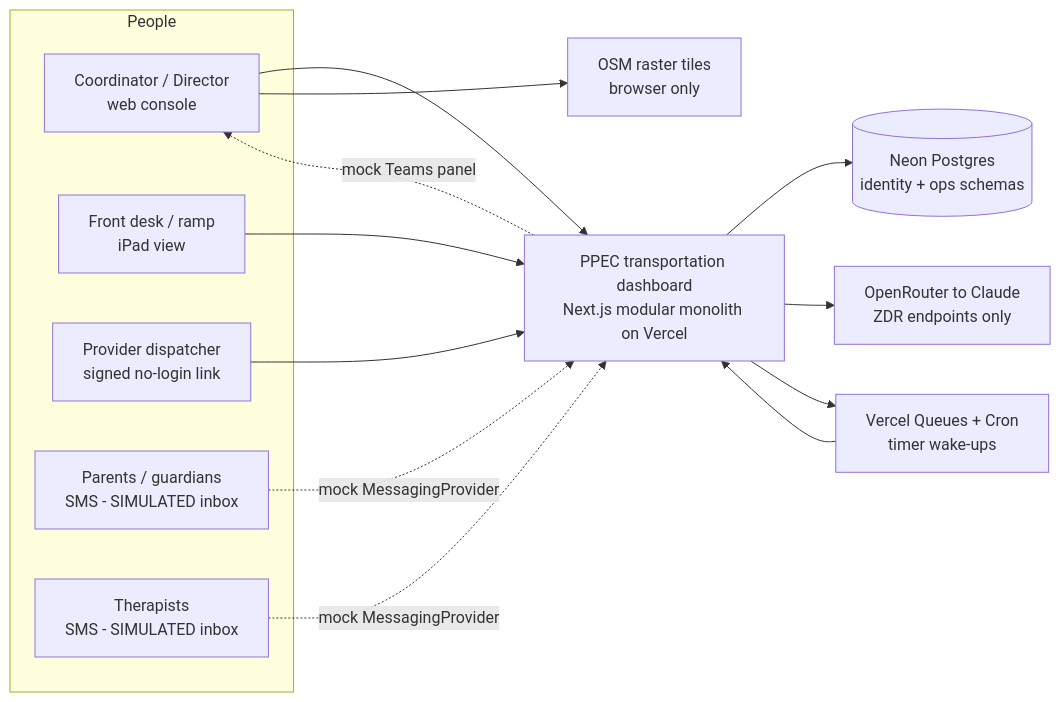
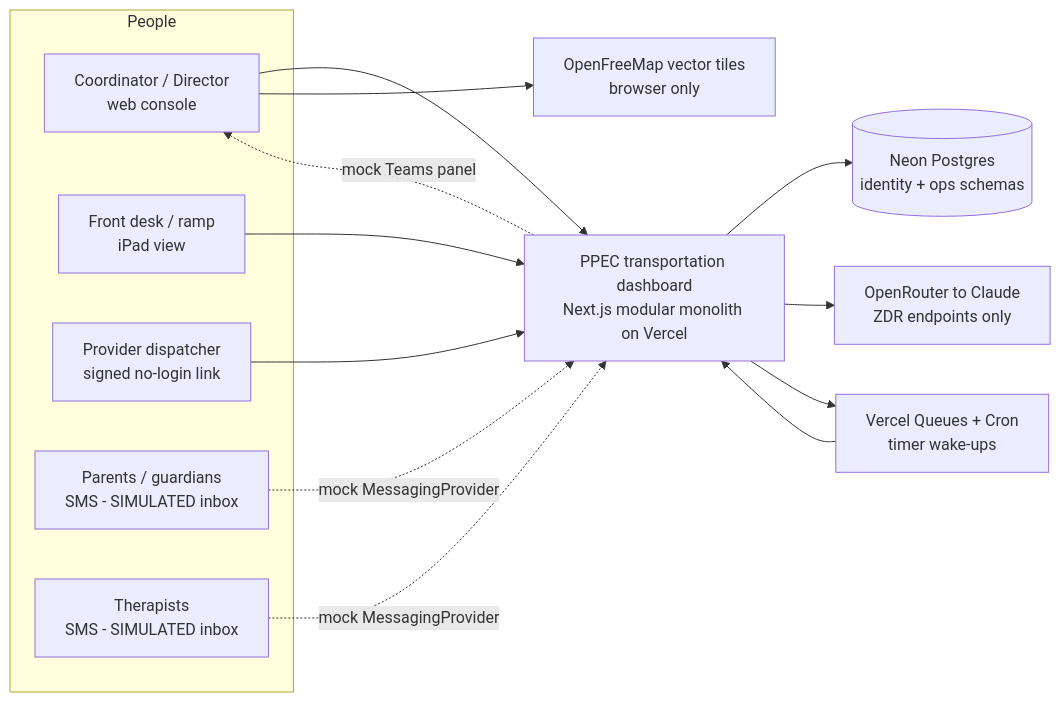
Before and after one commit to firia-ai-agent/ppec-transportation-dashboard: the first of 5 diagrams in docs/ARCHITECTURE.md, drawn with Mermaid. The commit also changed other lines of this file and 4 other files, not shown here.

Commit message:
docs: #17 fixes for Veri FAIL — Proposed label, real times, #18 gate, B-16 encryption + B-15 runbook, TEST-INF-01 schedule, MapLibre+OpenFreeMap docs

````diff
--- a/docs/ARCHITECTURE.md
+++ b/docs/ARCHITECTURE.md
@@ -30,26 +30,26 @@
 ```mermaid
 flowchart LR
   subgraph People
     COORD["Coordinator / Director<br/>web console"]
     RAMP["Front desk / ramp<br/>iPad view"]
     DISP["Provider dispatcher<br/>signed no-login link"]
     FAM["Parents / guardians<br/>SMS - SIMULATED inbox"]
     THER["Therapists<br/>SMS - SIMULATED inbox"]
   end
   APP["PPEC transportation dashboard<br/>Next.js modular monolith on Vercel"]
   DB[("Neon Postgres<br/>identity + ops schemas")]
   LLM["OpenRouter to Claude<br/>ZDR endpoints only"]
   Q["Vercel Queues + Cron<br/>timer wake-ups"]
-  MAP["OSM raster tiles<br/>browser only"]
+  MAP["OpenFreeMap vector tiles<br/>browser only"]
   COORD --> APP
   RAMP --> APP
   DISP --> APP
   FAM -.->|mock MessagingProvider| APP
   THER -.->|mock MessagingProvider| APP
   APP -.->|mock Teams panel| COORD
   APP --> DB
   APP --> LLM
   APP --> Q
   Q --> APP
   COORD --> MAP
 ```
````
